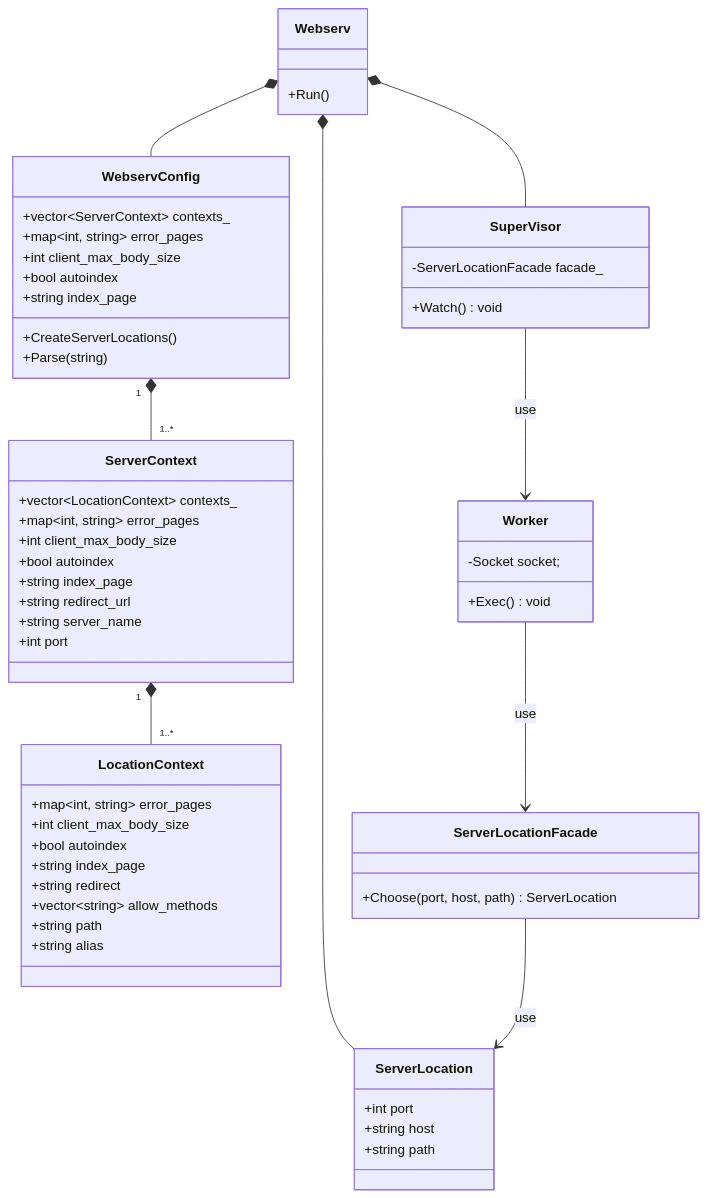
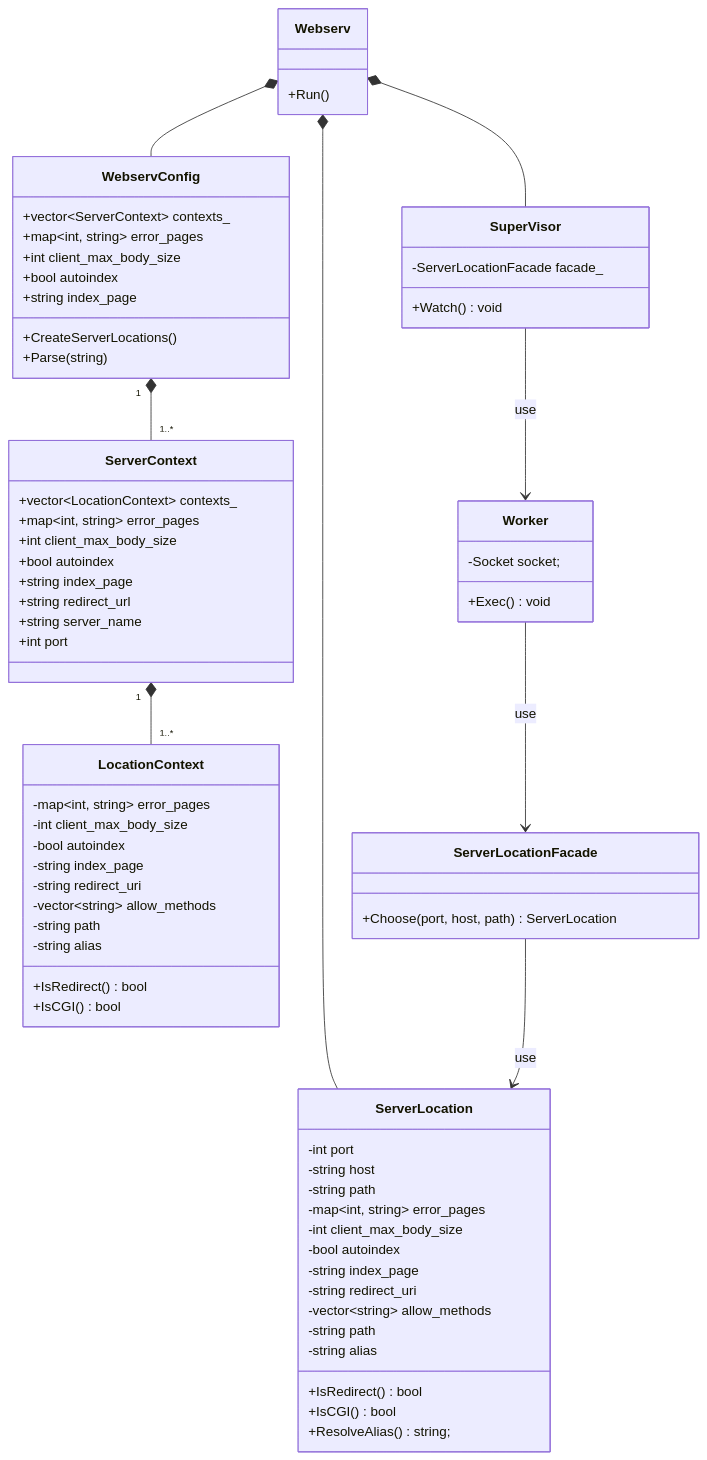
The diagram in docs/class/config_class.md (katataku/webserv), drawn with Mermaid before and after one commit. The commit also changed 2 other files, not shown here.

Commit message:
実行部分のクラス設計 (#45)
* doc: 片岡さんと話したときの断片をコミット

* fix: 擬似コードを修正

* fix: Buildメソッドを用意

* fix: 例外周りの処理を追加

* fix: transactionの擬似コードを追加

* fix: transaction finish

* fix/transactionni

* fix/FileReadExecの内部処理を整理

````diff
--- a/docs/class/config_class.md
+++ b/docs/class/config_class.md
@@ -32,14 +32,16 @@
     }
 
     class LocationContext {
-        +map~int, string~ error_pages
-        +int client_max_body_size
-        +bool autoindex
-        +string index_page
-        +string redirect
-        +vector~string~ allow_methods
-        +string path
-        +string alias
+        -map~int, string~ error_pages
+        -int client_max_body_size
+        -bool autoindex
+        -string index_page
+        -string redirect_uri
+        -vector~string~ allow_methods
+        -string path
+        -string alias
+        +IsRedirect() bool
+        +IsCGI() bool
     }
 
     class Webserv {
@@ -66,8 +68,19 @@
 
     %% configを元に各locationごとの設定 %%
     class ServerLocation {
-        +int port
-        +string host
-        +string path
+        -int port
+        -string host
+        -string path
+        -map~int, string~ error_pages
+        -int client_max_body_size
+        -bool autoindex
+        -string index_page
+        -string redirect_uri
+        -vector~string~ allow_methods
+        -string path
+        -string alias
+        +IsRedirect() bool
+        +IsCGI() bool
+        +ResolveAlias() string;
     }
 ```
````
